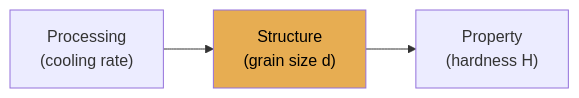
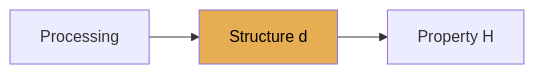
One commit to ECLIPSE-Lab/public_presentations changed the first of 2 diagrams in ml_for_characterization_and_processing/unit04_microstructure_representations/04_microstructure_representations.qmd. Above: the diagram before and after it, drawn with Mermaid. The commit also changed other lines of this file and 437 other files, not shown here.

````diff
--- a/ml_for_characterization_and_processing/unit04_microstructure_representations/04_microstructure_representations.qmd
+++ b/ml_for_characterization_and_processing/unit04_microstructure_representations/04_microstructure_representations.qmd
@@ -133,6 +212,8 @@
 ```{mermaid}
+%%| echo: false
+%%| fig-align: center
 graph LR
-    P["Processing<br>(cooling rate)"] --> S["Structure<br>(grain size d)"]
-    S --> Pr["Property<br>(hardness H)"]
+    P["Processing"] --> S["Structure d"]
+    S --> Prop["Property H"]
     style S fill:#e7ad52,color:#000
 ```
````
